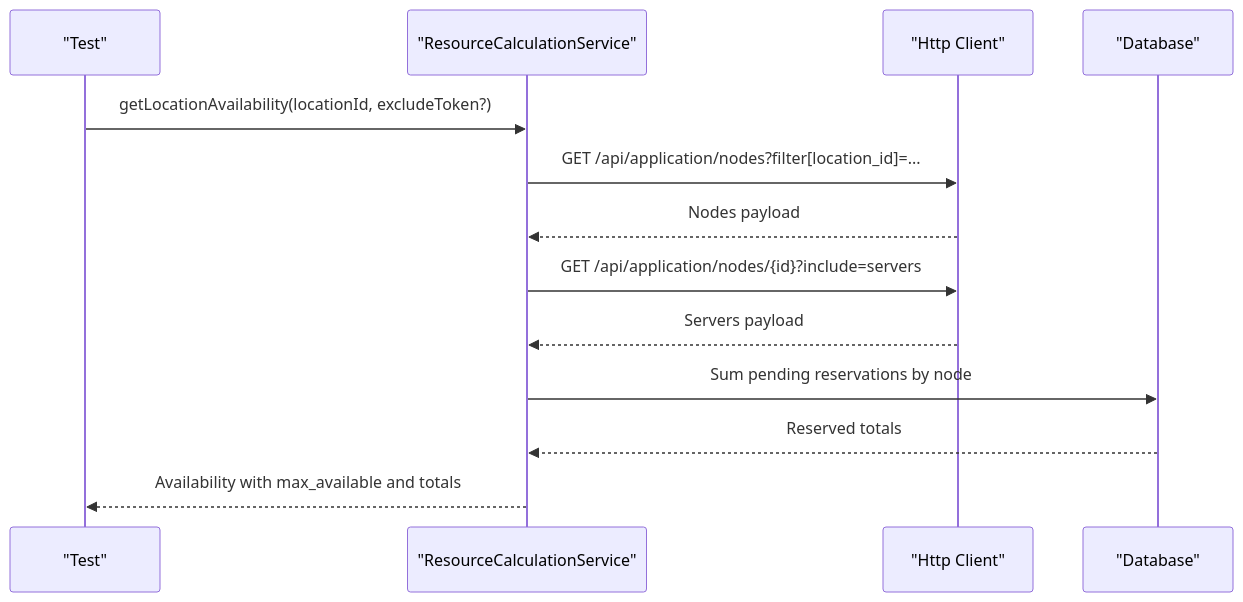
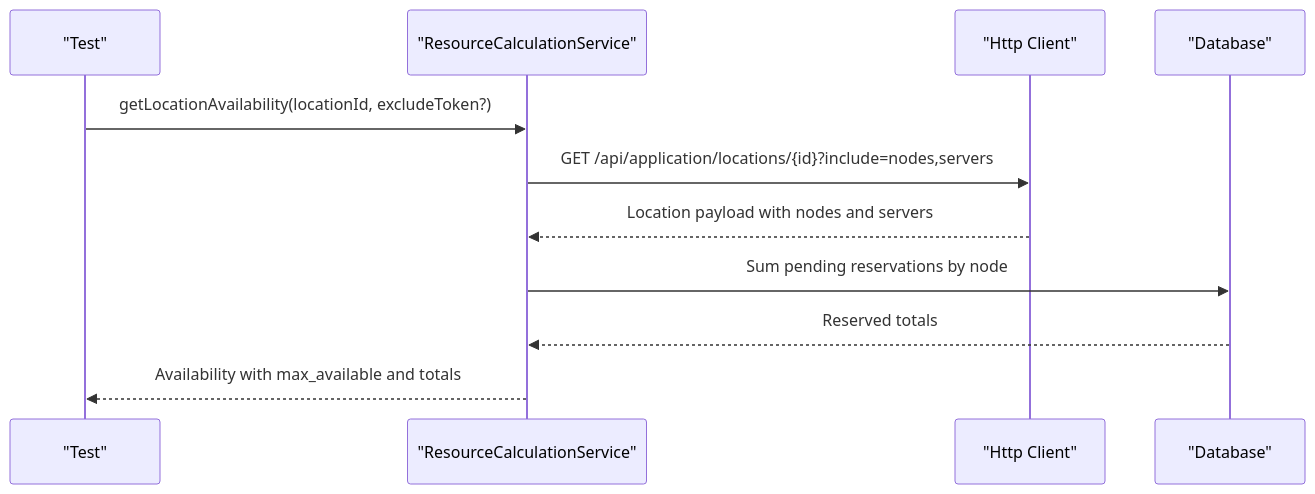
Before and after one commit to ObsidianNetwork/dynamic-pterodactyl: the fourth of 7 diagrams in .qoder/repowiki/en/content/Testing.md, drawn with Mermaid. The commit also changed 23 other files, not shown here.

````diff
--- a/.qoder/repowiki/en/content/Testing.md
+++ b/.qoder/repowiki/en/content/Testing.md
@@ -185,15 +185,13 @@
 ```mermaid
 sequenceDiagram
 participant T as "Test"
 participant RCS as "ResourceCalculationService"
 participant H as "Http Client"
 participant DB as "Database"
 T->>RCS : getLocationAvailability(locationId, excludeToken?)
-RCS->>H : GET /api/application/nodes?filter[location_id]=...
-H-->>RCS : Nodes payload
-RCS->>H : GET /api/application/nodes/{id}?include=servers
-H-->>RCS : Servers payload
+RCS->>H : GET /api/application/locations/{id}?include=nodes,servers
+H-->>RCS : Location payload with nodes and servers
 RCS->>DB : Sum pending reservations by node
 DB-->>RCS : Reserved totals
 RCS-->>T : Availability with max_available and totals
 ```
````
